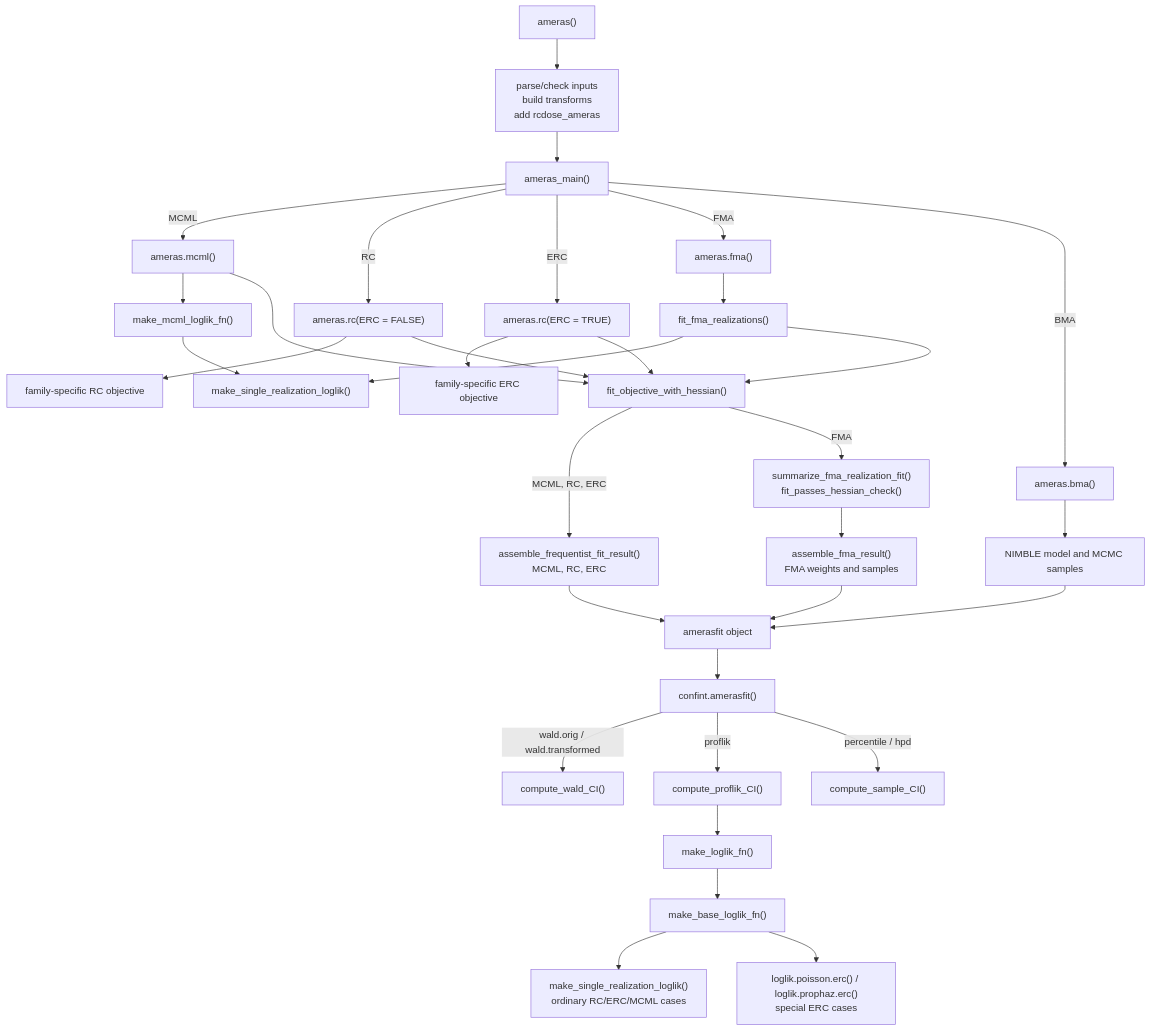
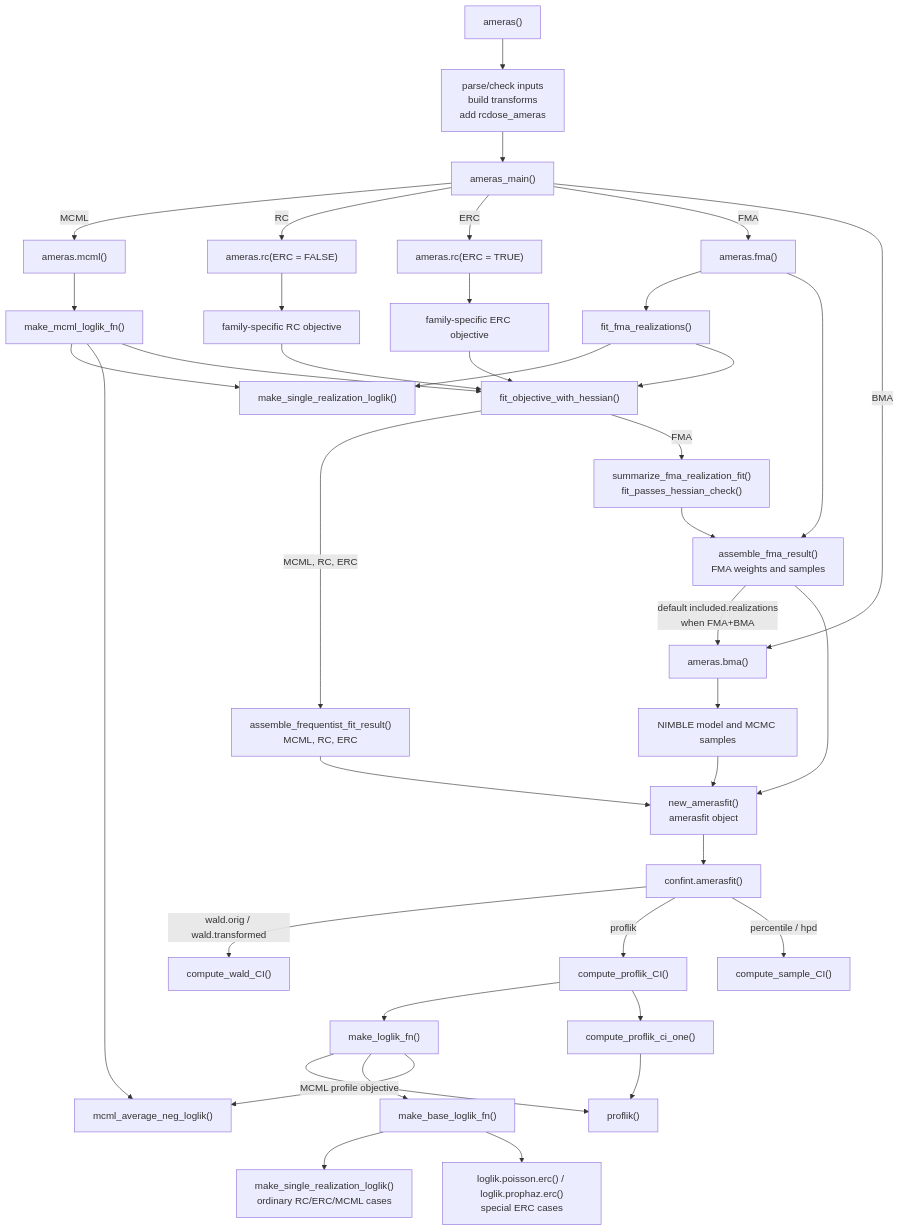
The diagram in developer-notes/helper-flow.md (sanderroberti/ameras), drawn with Mermaid before and after one commit. The commit also changed other lines of this file, not shown here.

Commit message:
Update helper flowchart

````diff
--- a/developer-notes/helper-flow.md
+++ b/developer-notes/helper-flow.md
@@ -9,43 +9,51 @@
 ```mermaid
 flowchart TD
   A["ameras()"] --> B["parse/check inputs<br/>build transforms<br/>add rcdose_ameras"]
   B --> C["ameras_main()"]
 
   C -->|MCML| D["ameras.mcml()"]
   C -->|RC| E["ameras.rc(ERC = FALSE)"]
   C -->|ERC| F["ameras.rc(ERC = TRUE)"]
   C -->|FMA| G["ameras.fma()"]
   C -->|BMA| H["ameras.bma()"]
 
   D --> I["make_mcml_loglik_fn()"]
   I --> J["make_single_realization_loglik()"]
+  I --> AB["mcml_average_neg_loglik()"]
+  I --> N["fit_objective_with_hessian()"]
+
   E --> K["family-specific RC objective"]
   F --> L["family-specific ERC objective"]
+  K --> N
+  L --> N
+
   G --> M["fit_fma_realizations()"]
   M --> J
-
-  D --> N["fit_objective_with_hessian()"]
-  E --> N
-  F --> N
   M --> N
 
   N -->|MCML, RC, ERC| O["assemble_frequentist_fit_result()<br/>MCML, RC, ERC"]
   N -->|FMA| P["summarize_fma_realization_fit()<br/>fit_passes_hessian_check()"]
 
-  P --> Q["assemble_fma_result()<br/>FMA weights and samples"]
+  G --> Q["assemble_fma_result()<br/>FMA weights and samples"]
+  P --> Q
+  Q -->|default included.realizations<br/>when FMA+BMA| H
   H --> R["NIMBLE model and MCMC samples"]
 
-  O --> S["amerasfit object"]
+  O --> S["new_amerasfit()<br/>amerasfit object"]
   Q --> S
   R --> S
 
   S --> T["confint.amerasfit()"]
   T -->|wald.orig / wald.transformed| U["compute_wald_CI()"]
   T -->|proflik| V["compute_proflik_CI()"]
   T -->|percentile / hpd| W["compute_sample_CI()"]
 
   V --> X["make_loglik_fn()"]
+  V --> AC["compute_proflik_ci_one()"]
+  AC --> AD["proflik()"]
+  X --> AD
   X --> Y["make_base_loglik_fn()"]
+  X -->|MCML profile objective| AB
   Y --> Z["make_single_realization_loglik()<br/>ordinary RC/ERC/MCML cases"]
   Y --> AA["loglik.poisson.erc() / loglik.prophaz.erc()<br/>special ERC cases"]
 ```
````
